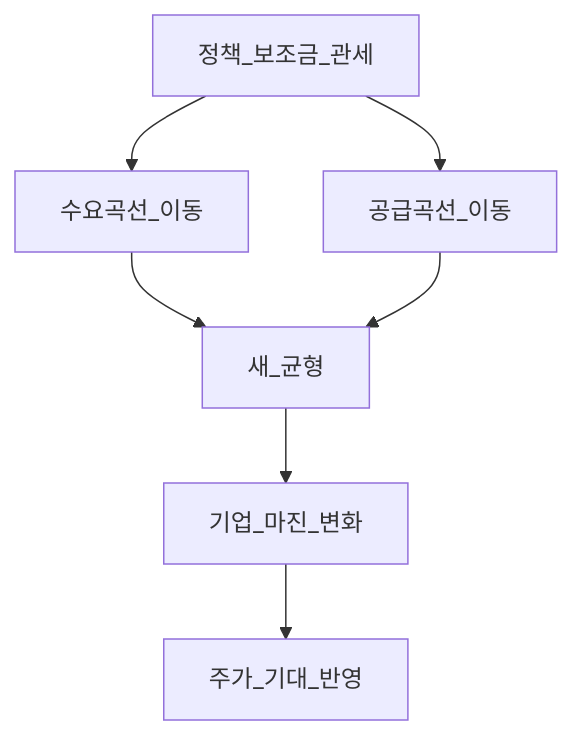
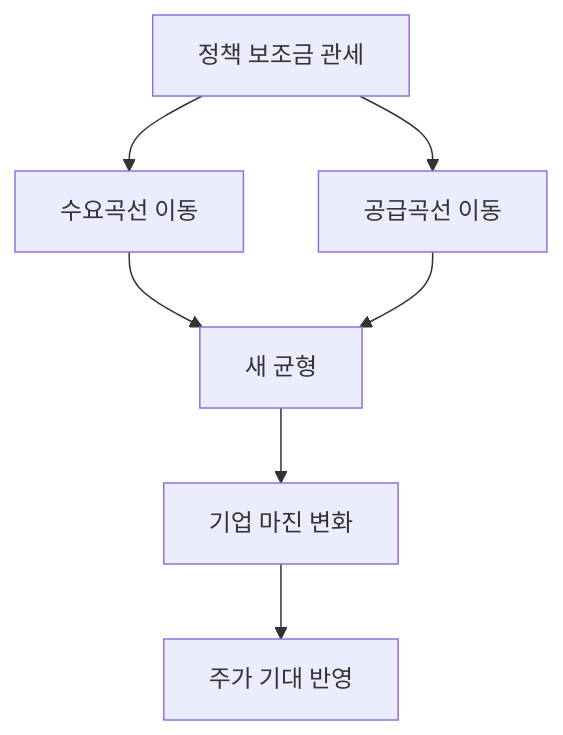
The second of 2 diagrams in 02-economics/microeconomics-basics.md (goldanghenry/Finances), drawn with Mermaid before and after one commit. The commit also changed other lines of this file and 211 other files, not shown here.

````diff
--- a/02-economics/microeconomics-basics.md
+++ b/02-economics/microeconomics-basics.md
@@ -129,9 +145,9 @@
 ```mermaid
 flowchart TD
-  Pol[정책_보조금_관세] --> Dshift[수요곡선_이동]
-  Pol --> Sshift[공급곡선_이동]
-  Dshift --> NewE[새_균형]
+  Pol["정책 보조금 관세"] --> Dshift["수요곡선 이동"]
+  Pol --> Sshift["공급곡선 이동"]
+  Dshift --> NewE["새 균형"]
   Sshift --> NewE
-  NewE --> Margin[기업_마진_변화]
-  Margin --> Stock[주가_기대_반영]
+  NewE --> Margin["기업 마진 변화"]
+  Margin --> Stock["주가 기대 반영"]
 ```
````
